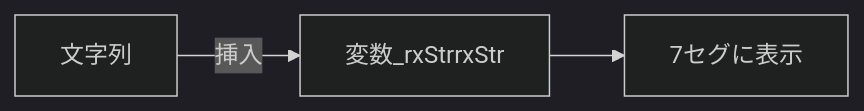
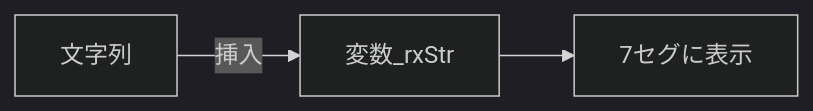
One commit to bit-trade-one/AD7SGPR-FW changed the first of 3 diagrams in specification/README.md. Above: the diagram before and after it, drawn with Mermaid (dark theme).

````diff
--- a/specification/README.md
+++ b/specification/README.md
@@ -44,12 +44,12 @@
 ```mermaid
 
 graph LR
 
 A[文字列] 
-B[変数_rxStrrxStr]
+B[変数_rxStr]
 C[7セグに表示]
 
 A-->|挿入|B
 B --> C
 
 ```
````
